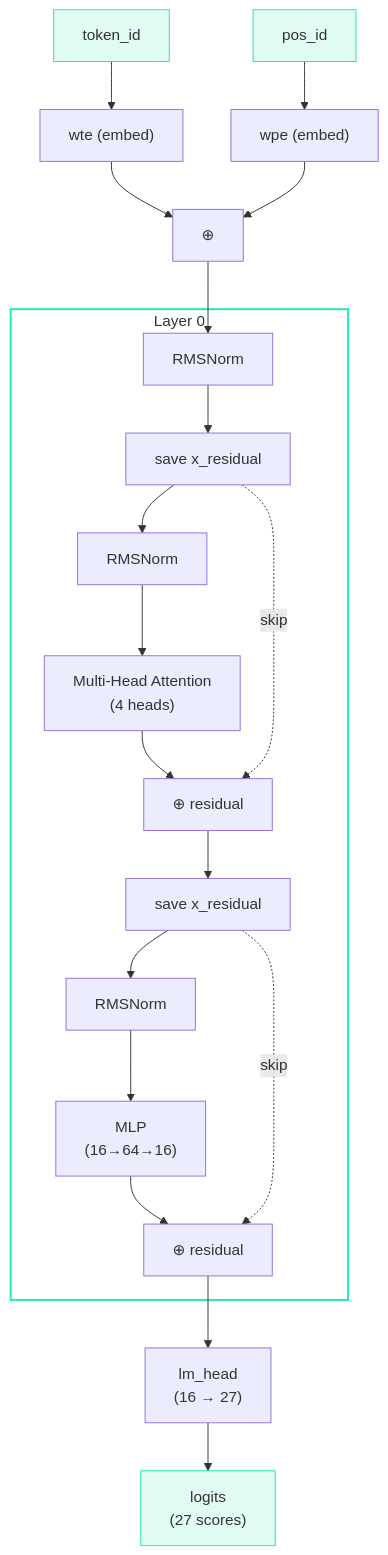
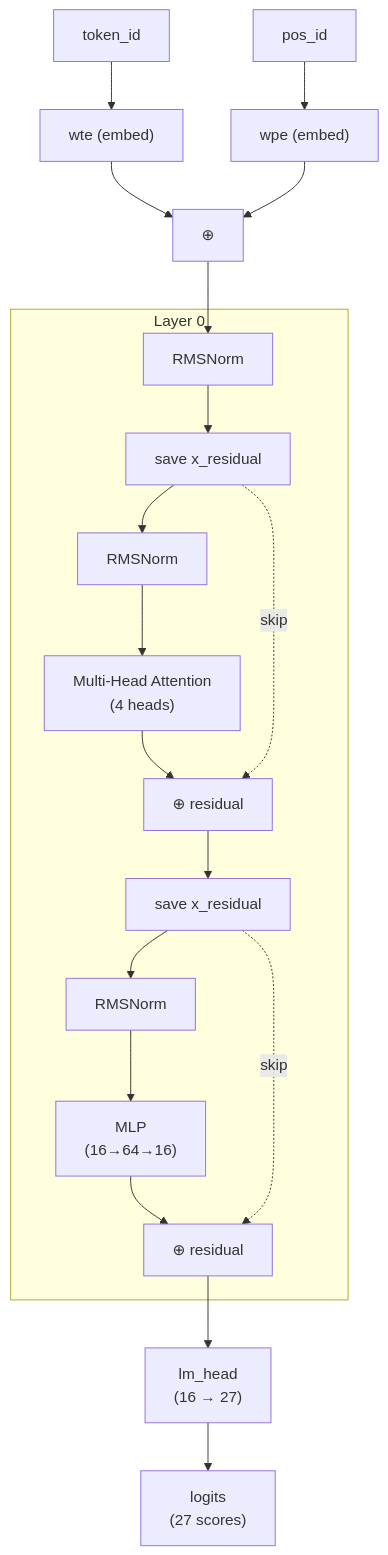
One commit to iamkhalid2/microgpt-course changed the diagram in docs/03-the-architecture/09-the-full-gpt-function.md. Above: the diagram before and after it, drawn with Mermaid. The commit also changed 20 other files, not shown here.

Commit message:
Remove all inline Mermaid styles - let theme handle colors natively

````diff
--- a/docs/03-the-architecture/09-the-full-gpt-function.md
+++ b/docs/03-the-architecture/09-the-full-gpt-function.md
@@ -98,29 +98,24 @@
 ```mermaid
 flowchart TD
     TID["token_id"] --> WTE["wte (embed)"]
     PID["pos_id"] --> WPE["wpe (embed)"]
     WTE --> ADD1["⊕"]
     WPE --> ADD1
     ADD1 --> NORM0["RMSNorm"]
 
     subgraph layer["Layer 0"]
         NORM0 --> SAVE1["save x_residual"]
         SAVE1 --> NORM1["RMSNorm"]
         NORM1 --> ATTN["Multi-Head Attention<br>(4 heads)"]
         ATTN --> RES1["⊕ residual"]
         SAVE1 -. "skip" .-> RES1
         RES1 --> SAVE2["save x_residual"]
         SAVE2 --> NORM2["RMSNorm"]
         NORM2 --> MLP["MLP<br>(16→64→16)"]
         MLP --> RES2["⊕ residual"]
         SAVE2 -. "skip" .-> RES2
     end
 
     RES2 --> LM["lm_head<br>(16 → 27)"]
     LM --> OUT["logits<br>(27 scores)"]
-
-    style TID fill:#e0faf4,stroke:#1de9b6
-    style PID fill:#e0faf4,stroke:#1de9b6
-    style OUT fill:#e0faf4,stroke:#1de9b6
-    style layer fill:none,stroke:#1de9b6,stroke-width:2px
 ```
````
